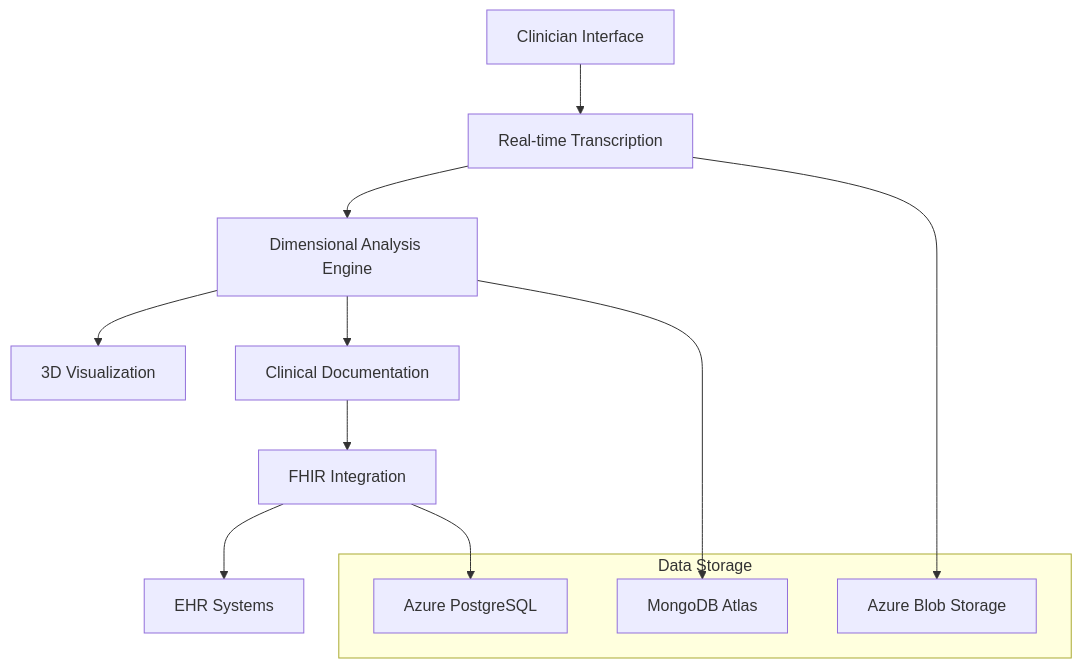
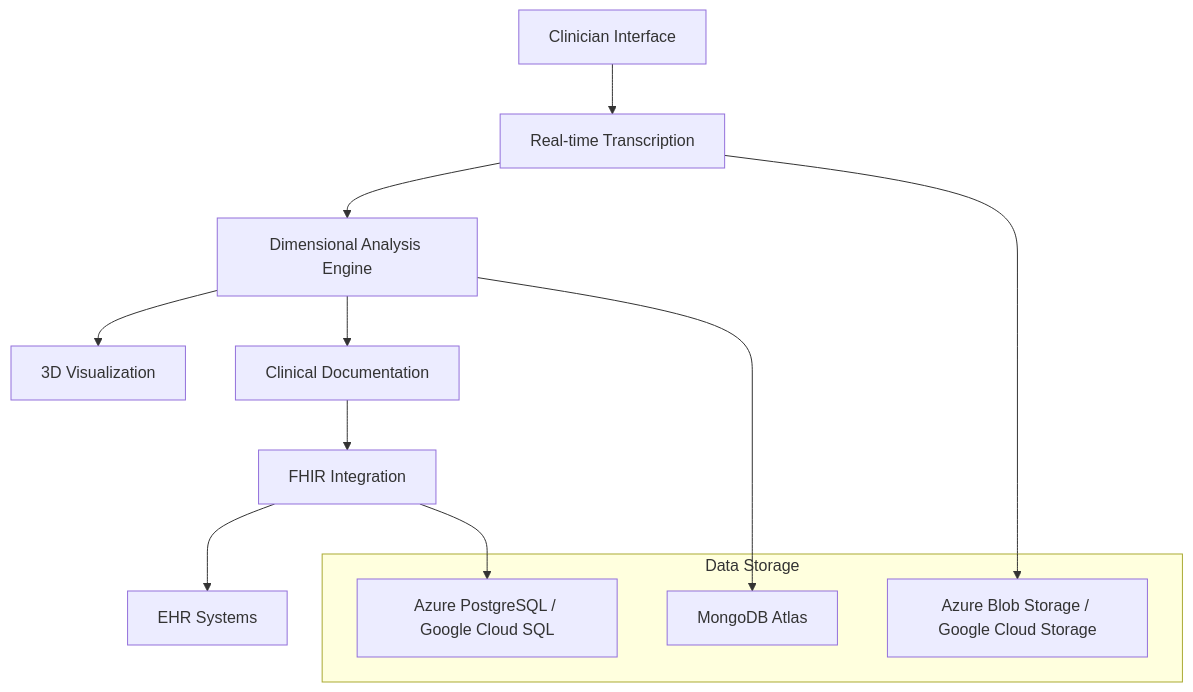
The diagram in README.md (myselfgus/docs), drawn with Mermaid before and after one commit. The commit also changed other lines of this file and 43 other files, not shown here.

Commit message:
Reorganize repository structure and add Google Cloud alternatives

````diff
--- a/README.md
+++ b/README.md
@@ -145,19 +166,19 @@
 ```mermaid
 graph TD
     A[Clinician Interface] --> B[Real-time Transcription]
     B --> C[Dimensional Analysis Engine]
     C --> D[3D Visualization]
     C --> E[Clinical Documentation]
     E --> F[FHIR Integration]
     F --> G[EHR Systems]
     
     subgraph "Data Storage"
         H[MongoDB Atlas]
-        I[Azure PostgreSQL]
-        J[Azure Blob Storage]
+        I[Azure PostgreSQL / Google Cloud SQL]
+        J[Azure Blob Storage / Google Cloud Storage]
     end
     
     C --> H
     F --> I
     B --> J
 ```
````
